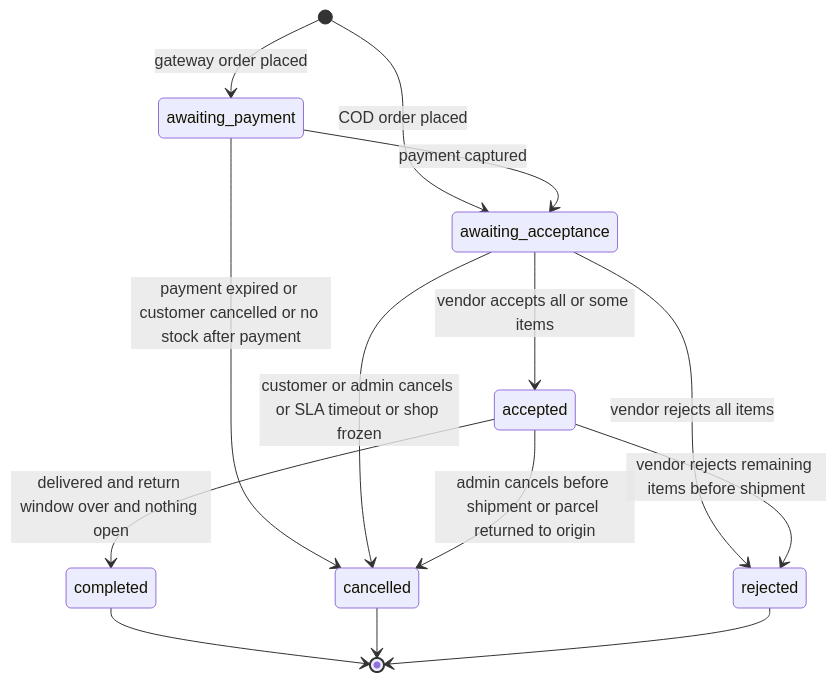
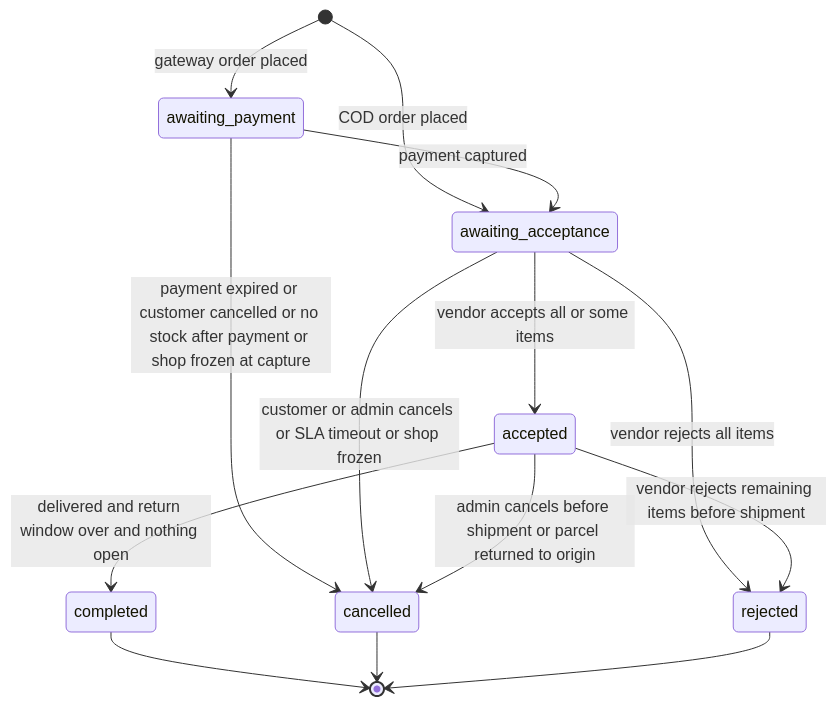
Before and after one commit to harublank0-0/drip-nepal: the third of 13 diagrams in docs/05-order-payment-and-inventory-lifecycles.md, drawn with Mermaid. The commit also changed other lines of this file, not shown here.

````diff
--- a/docs/05-order-payment-and-inventory-lifecycles.md
+++ b/docs/05-order-payment-and-inventory-lifecycles.md
@@ -996,16 +996,16 @@
 ```mermaid
 stateDiagram-v2
   [*] --> awaiting_payment: gateway order placed
   [*] --> awaiting_acceptance: COD order placed
   awaiting_payment --> awaiting_acceptance: payment captured
-  awaiting_payment --> cancelled: payment expired or customer cancelled or no stock after payment
+  awaiting_payment --> cancelled: payment expired or customer cancelled or no stock after payment or shop frozen at capture
   awaiting_acceptance --> accepted: vendor accepts all or some items
   awaiting_acceptance --> rejected: vendor rejects all items
   awaiting_acceptance --> cancelled: customer or admin cancels or SLA timeout or shop frozen
   accepted --> rejected: vendor rejects remaining items before shipment
   accepted --> cancelled: admin cancels before shipment or parcel returned to origin
   accepted --> completed: delivered and return window over and nothing open
   completed --> [*]
   cancelled --> [*]
   rejected --> [*]
 ```
````
